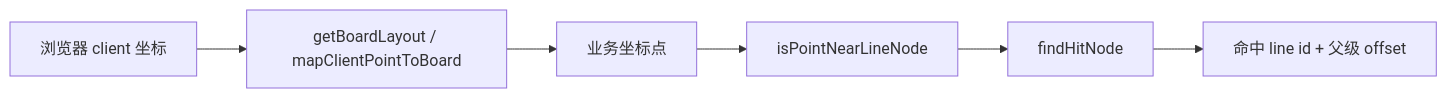
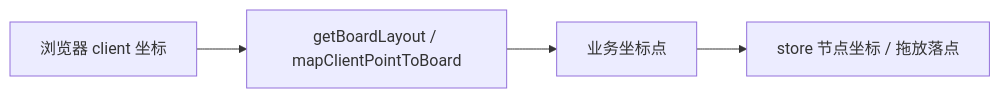
One commit to Tajigaqzh/paint-canvas changed the fifth of 8 diagrams in src/pages/home/hooks/README.md. Above: the diagram before and after it, drawn with Mermaid. The commit also changed other lines of this file and 50 other files, not shown here.

````diff
--- a/src/pages/home/hooks/README.md
+++ b/src/pages/home/hooks/README.md
@@ -240,8 +246,6 @@
 ```mermaid
 flowchart LR
   Client[浏览器 client 坐标] --> Layout[getBoardLayout / mapClientPointToBoard]
   Layout --> Point[业务坐标点]
-  Point --> LineHit[isPointNearLineNode]
-  LineHit --> Hit[findHitNode]
-  Hit --> Result[命中 line id + 父级 offset]
+  Point --> Store[store 节点坐标 / 拖放落点]
 ```
````
